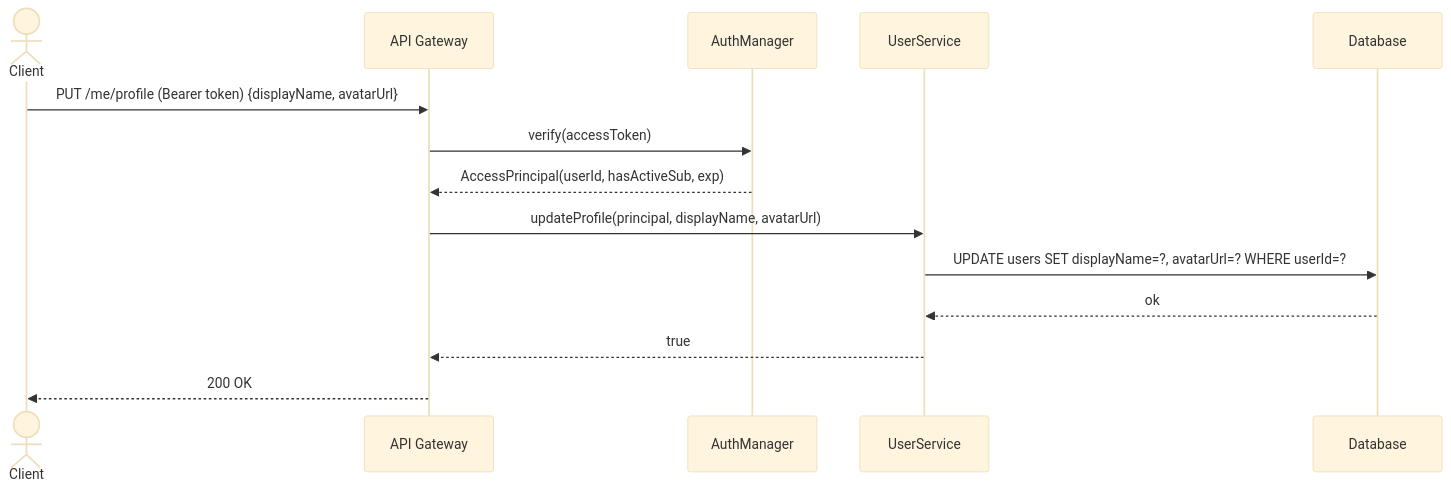
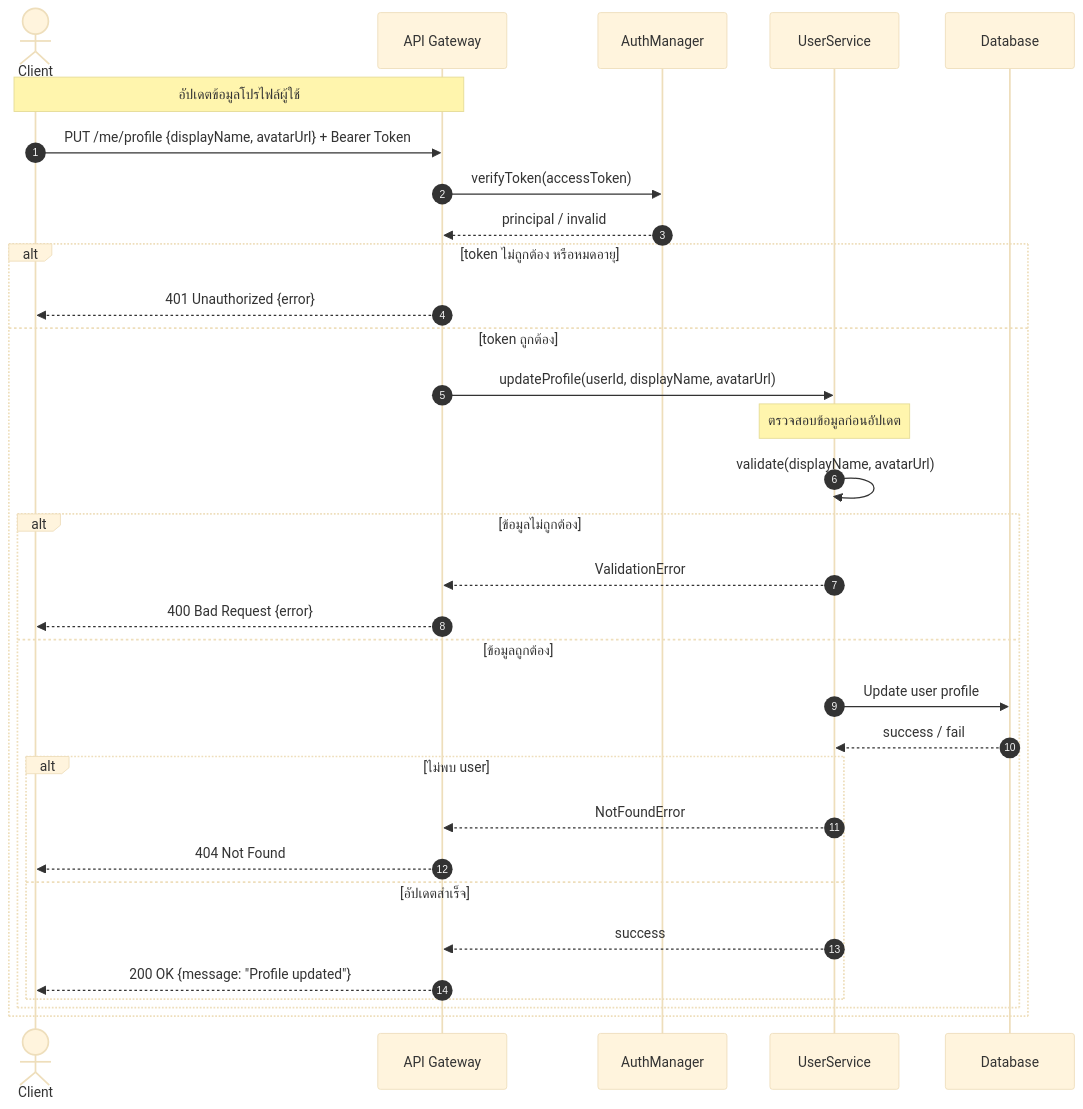
One commit to Bank-e/Music-Video-Streaming-Subscription-System changed the second of 4 diagrams in doc/sequence_01_user.md. Above: the diagram before and after it, drawn with Mermaid (base theme). The commit also changed other lines of this file and 4 other files, not shown here.

````diff
--- a/doc/sequence_01_user.md
+++ b/doc/sequence_01_user.md
@@ -32,17 +46,41 @@
 ```mermaid
 sequenceDiagram
-  actor Client
-  participant API as API Gateway
-  participant AM as AuthManager
-  participant US as UserService
-  participant DB as Database
+    autonumber
+    actor Client
+    participant API as API Gateway
+    participant AM as AuthManager
+    participant US as UserService
+    participant DB as Database
 
-  Client->>API: PUT /me/profile (Bearer token) {displayName, avatarUrl}
-  API->>AM: verify(accessToken)
-  AM-->>API: AccessPrincipal(userId, hasActiveSub, exp)
-  API->>US: updateProfile(principal, displayName, avatarUrl)
-  US->>DB: UPDATE users SET displayName=?, avatarUrl=? WHERE userId=?
-  DB-->>US: ok
-  US-->>API: true
-  API-->>Client: 200 OK
+    Note over Client,API: อัปเดตข้อมูลโปรไฟล์ผู้ใช้
+
+    Client->>API: PUT /me/profile {displayName, avatarUrl} + Bearer Token
+
+    API->>AM: verifyToken(accessToken)
+    AM-->>API: principal / invalid
+
+    alt token ไม่ถูกต้อง หรือหมดอายุ
+        API-->>Client: 401 Unauthorized {error}
+    else token ถูกต้อง
+        API->>US: updateProfile(userId, displayName, avatarUrl)
+
+        Note over US: ตรวจสอบข้อมูลก่อนอัปเดต
+        US->>US: validate(displayName, avatarUrl)
+
+        alt ข้อมูลไม่ถูกต้อง
+            US-->>API: ValidationError
+            API-->>Client: 400 Bad Request {error}
+        else ข้อมูลถูกต้อง
+            US->>DB: Update user profile
+            DB-->>US: success / fail
+
+            alt ไม่พบ user
+                US-->>API: NotFoundError
+                API-->>Client: 404 Not Found
+            else อัปเดตสำเร็จ
+                US-->>API: success
+                API-->>Client: 200 OK {message: "Profile updated"}
+            end
+        end
+    end
 ```
````
